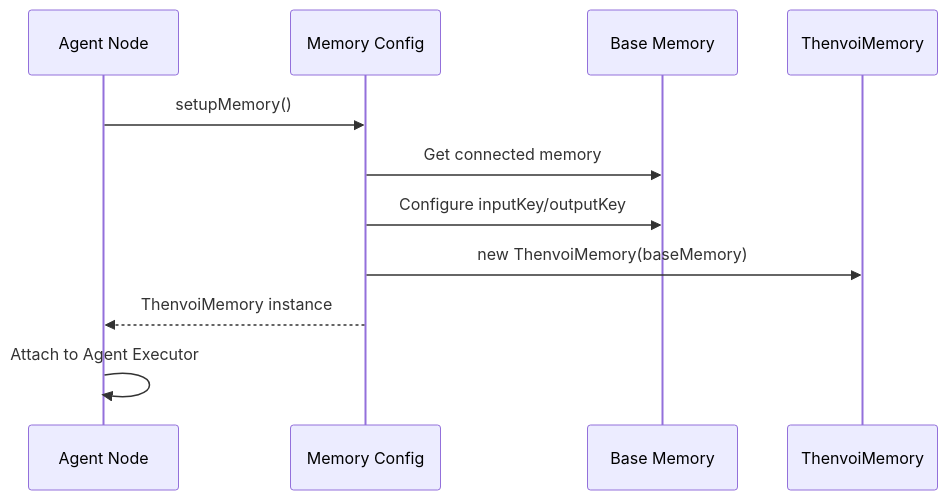
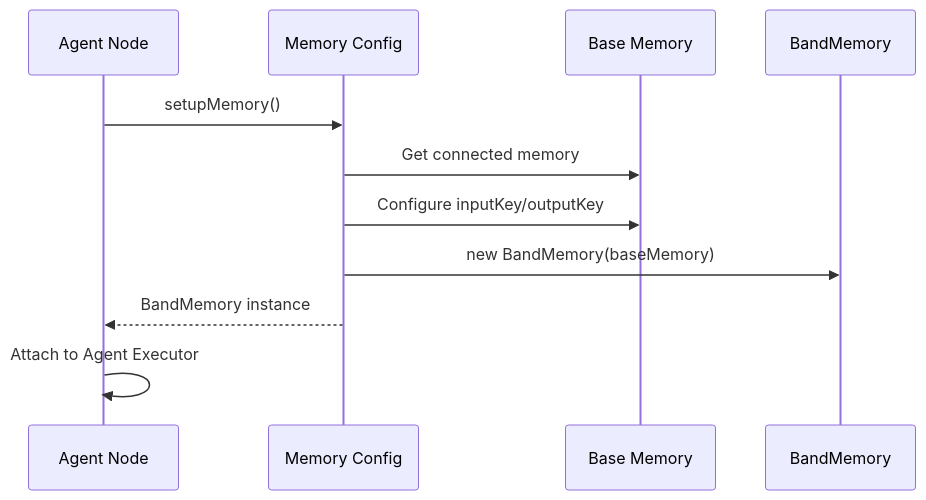
Before and after one commit to thenvoi/n8n-nodes-thenvoi: the second of 10 diagrams in docs/architecture/agent/memory/memory_system_guide.md, drawn with Mermaid. The commit also changed other lines of this file and 157 other files, not shown here.

First line of the commit message:
feat!: rename organization from Thenvoi to Band

````diff
--- a/docs/architecture/agent/memory/memory_system_guide.md
+++ b/docs/architecture/agent/memory/memory_system_guide.md
@@ -54,14 +54,14 @@
 ```mermaid
 sequenceDiagram
     participant Node as Agent Node
     participant Config as Memory Config
     participant BM as Base Memory
-    participant TM as ThenvoiMemory
+    participant TM as BandMemory
 
     Node->>Config: setupMemory()
     Config->>BM: Get connected memory
     Config->>BM: Configure inputKey/outputKey
-    Config->>TM: new ThenvoiMemory(baseMemory)
-    Config-->>Node: ThenvoiMemory instance
+    Config->>TM: new BandMemory(baseMemory)
+    Config-->>Node: BandMemory instance
     Node->>Node: Attach to Agent Executor
 ```
````
